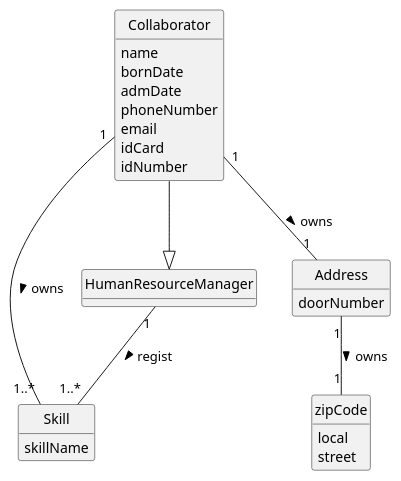
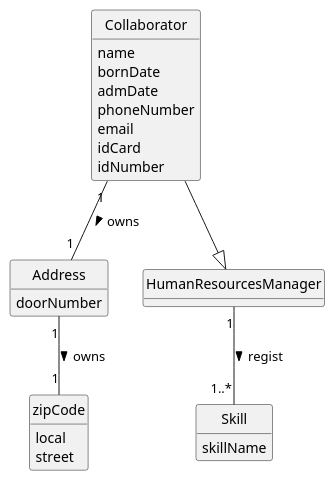
The diagram in docs/sprint2/us001/02.analysis/puml/us001-domain-model.puml (1231360-ISEP/lei-24-s2-1db-g021), drawn with PlantUML before and after one commit. The commit also changed 13 other files, not shown here.

```diff
--- a/docs/sprint2/us001/02.analysis/puml/us001-domain-model.puml
+++ b/docs/sprint2/us001/02.analysis/puml/us001-domain-model.puml
@@ -1,43 +1,42 @@
 @startuml
 skinparam monochrome true
 skinparam packageStyle rectangle
 skinparam shadowing false
 
 skinparam classAttributeIconSize 0
 
 hide circle
 hide methods
 
 class Collaborator {
     name
     bornDate
     admDate
     phoneNumber
     email
     idCard
     idNumber
 }
 
 class Address {
     doorNumber
 }
 
 class zipCode {
     local
     street
 }
 
-class HumanResourceManager {}
+class HumanResourcesManager {}
 
 class Skill {
     skillName
 }
 
 
-Collaborator --|> HumanResourceManager
-Collaborator "1" - "1..*" Skill: owns >
-HumanResourceManager "1" -- "1..*" Skill : regist >
+Collaborator --|> HumanResourcesManager
+HumanResourcesManager "1" -- "1..*" Skill : regist >
 Collaborator "1" -- "1" Address: owns >
 Address "1" -- "1" zipCode : owns >
 
 @enduml
```
